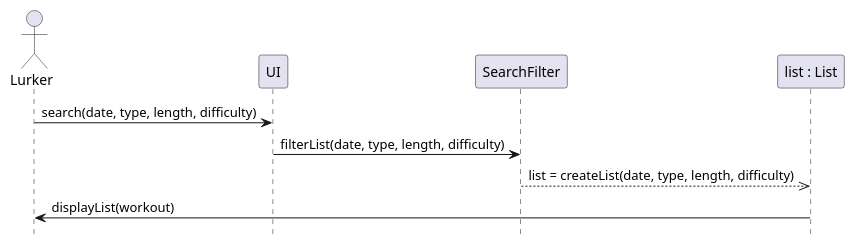
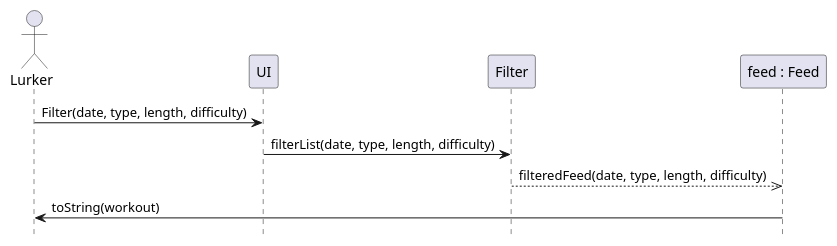
The third of 5 diagrams in doc/design.md (arun-guruswamy/workout-networking), drawn with PlantUML before and after one commit. The commit also changed other lines of this file and 9 other files, not shown here.

````diff
--- a/doc/design.md
+++ b/doc/design.md
@@ -70,14 +70,14 @@
 ```plantuml 
 @startuml
 hide footbox
 actor Lurker as lurker
 participant "UI" as ui
-participant "SearchFilter" as search
-participant "list : List" as list 
+participant "Filter" as filter
+participant "feed : Feed" as feed 
 
-lurker -> ui : search(date, type, length, difficulty) 
-ui -> search : filterList(date, type, length, difficulty) 
-search -->> list :  list = createList(date, type, length, difficulty)
-list -> lurker : displayList(workout)
+lurker -> ui : Filter(date, type, length, difficulty) 
+ui -> filter : filterList(date, type, length, difficulty) 
+filter -->> feed : filteredFeed(date, type, length, difficulty)
+feed -> lurker : toString(workout)
 @enduml
 ```
````
